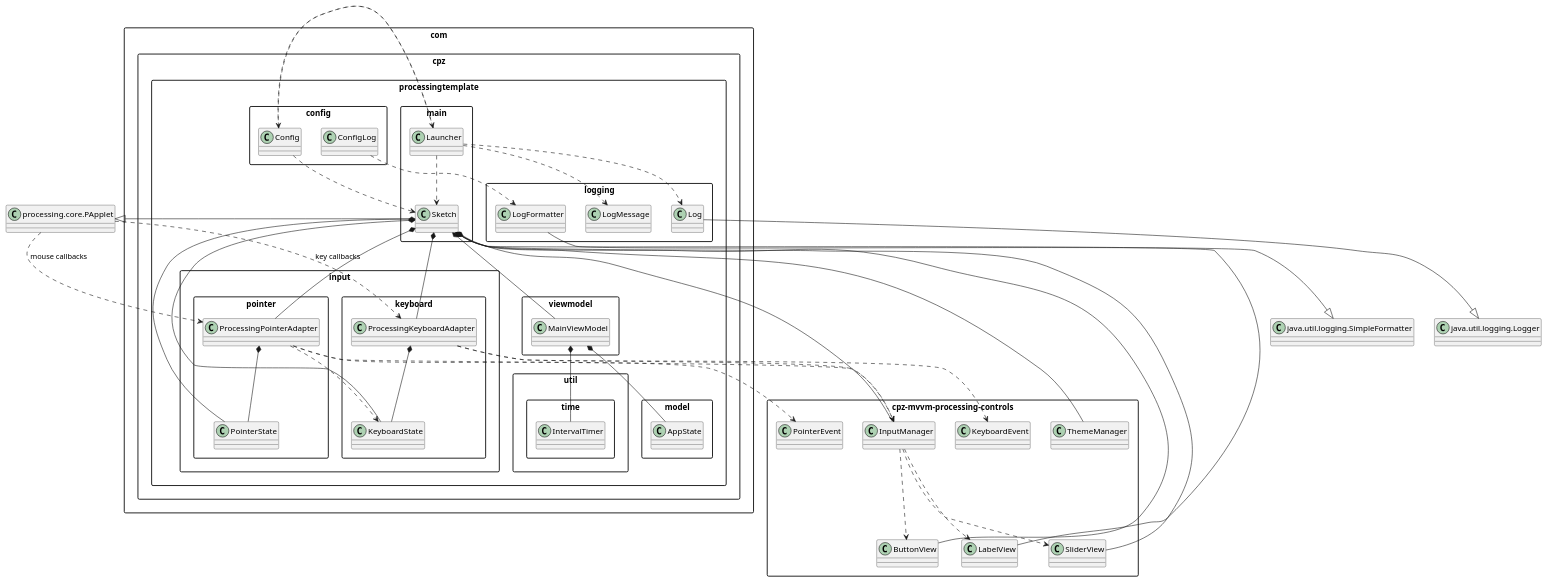
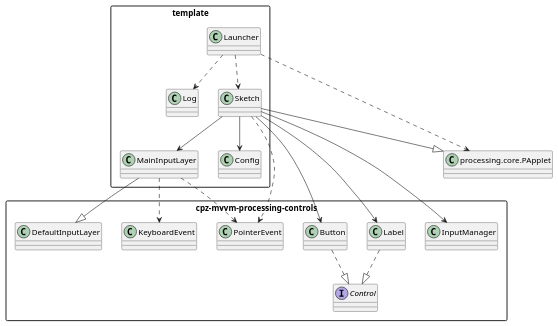
The diagram in docs/uml/uml-architecture.puml (cdpoloz/cpz-mvvm-processing-template), drawn with PlantUML before and after one commit. The commit also changed 24 other files, not shown here.

```diff
--- a/docs/uml/uml-architecture.puml
+++ b/docs/uml/uml-architecture.puml
@@ -1,97 +1,42 @@
 @startuml
 skinparam packageStyle rectangle
 
-package "com.cpz.processingtemplate.main" {
+package "template" {
   class Launcher
+  class Config
   class Sketch
-}
-
-package "com.cpz.processingtemplate.config" {
-  class Config
-  class ConfigLog
-}
-
-package "com.cpz.processingtemplate.model" {
-  class AppState
-}
-
-package "com.cpz.processingtemplate.viewmodel" {
-  class MainViewModel
-}
-
-package "com.cpz.processingtemplate.input.keyboard" {
-  class KeyboardState
-  class ProcessingKeyboardAdapter
-}
-
-package "com.cpz.processingtemplate.input.pointer" {
-  class PointerState
-  class ProcessingPointerAdapter
-}
-
-package "com.cpz.processingtemplate.logging" {
+  class MainInputLayer
   class Log
-  class LogFormatter
-  class LogMessage
-}
-
-package "com.cpz.processingtemplate.util.time" {
-  class IntervalTimer
 }
 
 package "cpz-mvvm-processing-controls" {
+  interface Control
+  class Button
+  class Label
   class InputManager
+  class DefaultInputLayer
+  class PointerEvent
   class KeyboardEvent
-  class PointerEvent
-  class ThemeManager
-  class ButtonView
-  class SliderView
-  class LabelView
 }
 
 class "processing.core.PApplet" as PApplet
-class "java.util.logging.Logger" as Logger
-class "java.util.logging.SimpleFormatter" as SimpleFormatter
 
 Sketch --|> PApplet
-Log --|> Logger
-LogFormatter --|> SimpleFormatter
+Sketch --> Config
+Sketch --> InputManager
+Sketch --> MainInputLayer
+Sketch --> Button
+Sketch --> Label
+Sketch ..> PointerEvent
 
-Sketch *-- MainViewModel
-Sketch *-- ThemeManager
-Sketch *-- InputManager
-Sketch *-- KeyboardState
-Sketch *-- ProcessingKeyboardAdapter
-Sketch *-- PointerState
-Sketch *-- ProcessingPointerAdapter
-Sketch *-- ButtonView
-Sketch *-- SliderView
-Sketch *-- LabelView
+MainInputLayer --|> DefaultInputLayer
+MainInputLayer ..> PointerEvent
+MainInputLayer ..> KeyboardEvent
 
-MainViewModel *-- AppState
-MainViewModel *-- IntervalTimer
+Button ..|> Control
+Label ..|> Control
 
-ProcessingKeyboardAdapter *-- KeyboardState
-ProcessingKeyboardAdapter ..> InputManager
-ProcessingKeyboardAdapter ..> KeyboardEvent
-
-ProcessingPointerAdapter *-- PointerState
-ProcessingPointerAdapter ..> KeyboardState
-ProcessingPointerAdapter ..> InputManager
-ProcessingPointerAdapter ..> PointerEvent
-
-Launcher ..> Config
 Launcher ..> Sketch
 Launcher ..> Log
-Launcher ..> LogMessage
-
-Config ..> Launcher
-Config ..> Sketch
-ConfigLog ..> LogFormatter
-
-PApplet ..> ProcessingKeyboardAdapter : key callbacks
-PApplet ..> ProcessingPointerAdapter : mouse callbacks
-InputManager ..> ButtonView
-InputManager ..> SliderView
-InputManager ..> LabelView
+Launcher ..> PApplet
 @enduml
```
